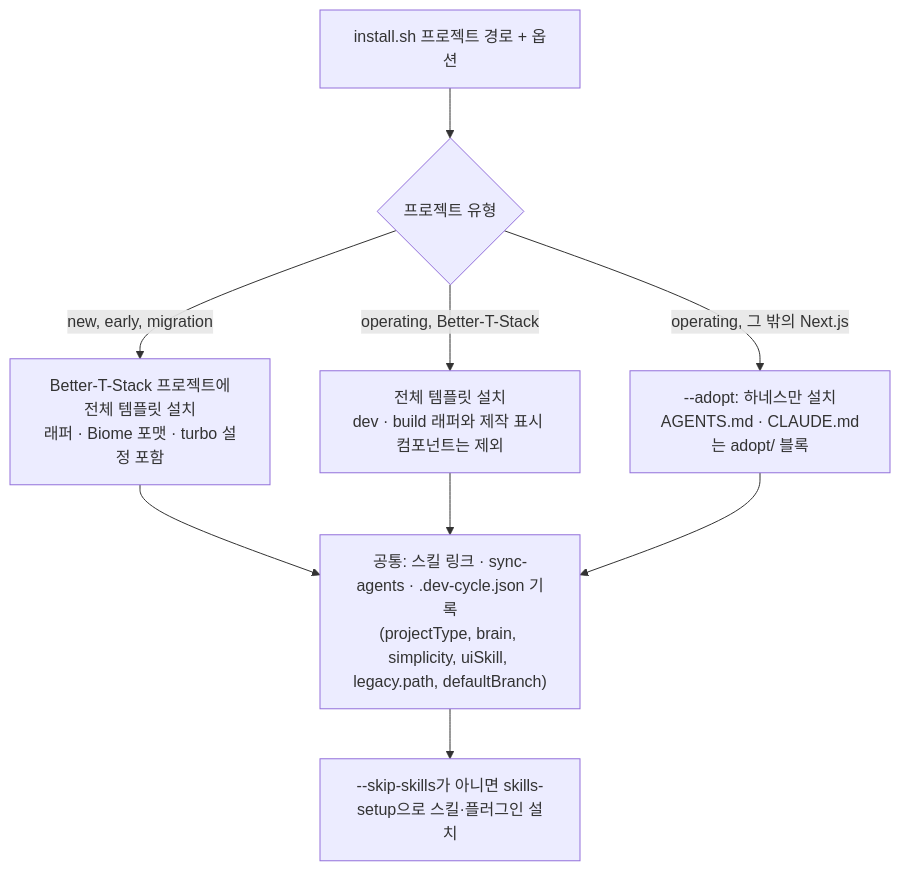
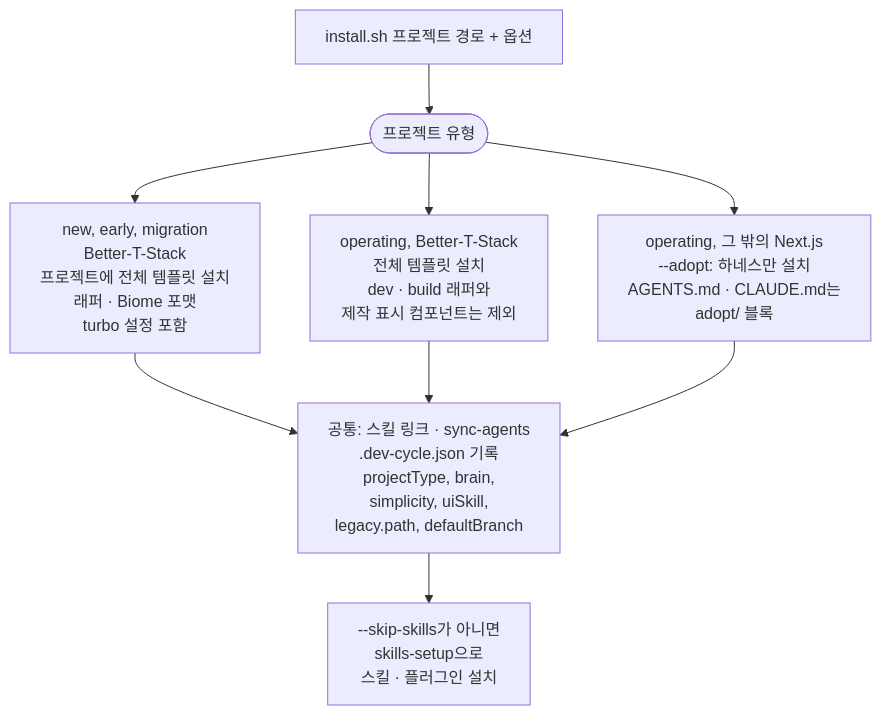
Before and after one commit to roadkwon-ai/pro-kit: the diagram in handbook/templates/installer.md, drawn with Mermaid. The commit also changed 4 other files, not shown here.

````diff
--- a/handbook/templates/installer.md
+++ b/handbook/templates/installer.md
@@ -55,11 +55,16 @@
 ```mermaid
-flowchart TD
-  S["install.sh 프로젝트 경로 + 옵션"] --> T{"프로젝트 유형"}
-  T -->|"new, early, migration"| B["Better-T-Stack 프로젝트에<br/>전체 템플릿 설치<br/>래퍼 · Biome 포맷 · turbo 설정 포함"]
-  T -->|"operating, Better-T-Stack"| O["전체 템플릿 설치<br/>dev · build 래퍼와 제작 표시 컴포넌트는 제외"]
-  T -->|"operating, 그 밖의 Next.js"| A["--adopt: 하네스만 설치<br/>AGENTS.md · CLAUDE.md는 adopt/ 블록"]
-  B --> R["공통: 스킬 링크 · sync-agents · .dev-cycle.json 기록<br/>(projectType, brain, simplicity, uiSkill, legacy.path, defaultBranch)"]
+---
+config:
+  flowchart:
+    wrappingWidth: 230
+---
+flowchart TB
+  S["install.sh 프로젝트 경로 + 옵션"] --> T(["프로젝트 유형"])
+  T --> B["new, early, migration<br/>Better-T-Stack<br/>프로젝트에 전체 템플릿 설치<br/>래퍼 · Biome 포맷<br/>turbo 설정 포함"]
+  T --> O["operating, Better-T-Stack<br/>전체 템플릿 설치<br/>dev · build 래퍼와<br/>제작 표시 컴포넌트는 제외"]
+  T --> A["operating, 그 밖의 Next.js<br/>--adopt: 하네스만 설치<br/>AGENTS.md · CLAUDE.md는<br/>adopt/ 블록"]
+  B --> R["공통: 스킬 링크 · sync-agents<br/>.dev-cycle.json 기록<br/>projectType, brain,<br/>simplicity, uiSkill,<br/>legacy.path, defaultBranch"]
   O --> R
   A --> R
-  R --> K["--skip-skills가 아니면 skills-setup으로 스킬·플러그인 설치"]
+  R --> K["--skip-skills가 아니면<br/>skills-setup으로<br/>스킬 · 플러그인 설치"]
 ```
````
